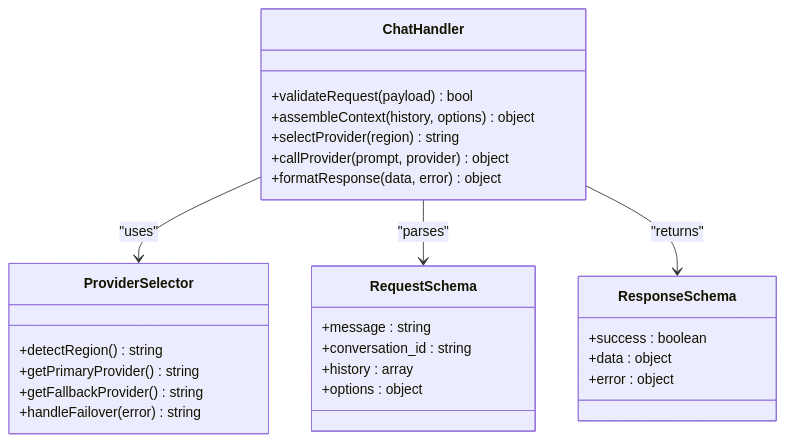
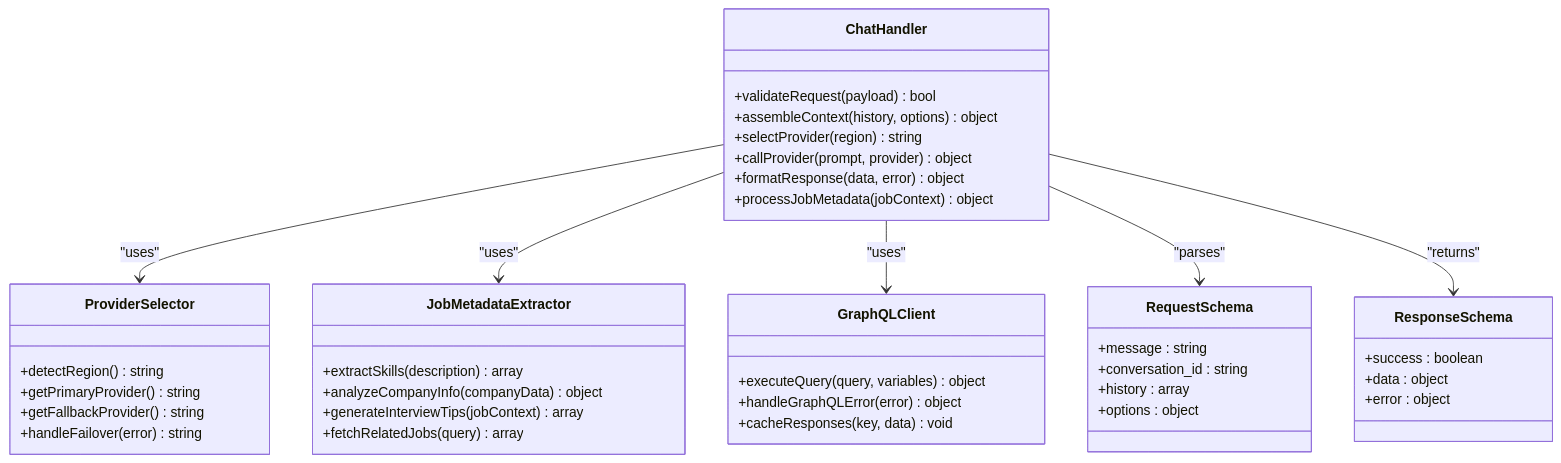
The third of 8 diagrams in .qoder/repowiki/en/content/API Reference/Chat API.md (zmyeo54/briefroom), drawn with Mermaid before and after one commit. The commit also changed other lines of this file and 16 other files, not shown here.

First line of the commit message:
feat(api): enhance job metadata integration and error handling

````diff
--- a/.qoder/repowiki/en/content/API Reference/Chat API.md
+++ b/.qoder/repowiki/en/content/API Reference/Chat API.md
@@ -172,30 +213,44 @@
 ```mermaid
 classDiagram
 class ChatHandler {
 +validateRequest(payload) bool
 +assembleContext(history, options) object
 +selectProvider(region) string
 +callProvider(prompt, provider) object
 +formatResponse(data, error) object
++processJobMetadata(jobContext) object
 }
 class ProviderSelector {
 +detectRegion() string
 +getPrimaryProvider() string
 +getFallbackProvider() string
 +handleFailover(error) string
+}
+class JobMetadataExtractor {
++extractSkills(description) array
++analyzeCompanyInfo(companyData) object
++generateInterviewTips(jobContext) array
++fetchRelatedJobs(query) array
+}
+class GraphQLClient {
++executeQuery(query, variables) object
++handleGraphQLError(error) object
++cacheResponses(key, data) void
 }
 class RequestSchema {
 +message : string
 +conversation_id : string
 +history : array
 +options : object
 }
 class ResponseSchema {
 +success : boolean
 +data : object
 +error : object
 }
 ChatHandler --> ProviderSelector : "uses"
+ChatHandler --> JobMetadataExtractor : "uses"
+ChatHandler --> GraphQLClient : "uses"
 ChatHandler --> RequestSchema : "parses"
 ChatHandler --> ResponseSchema : "returns"
 ```
````
